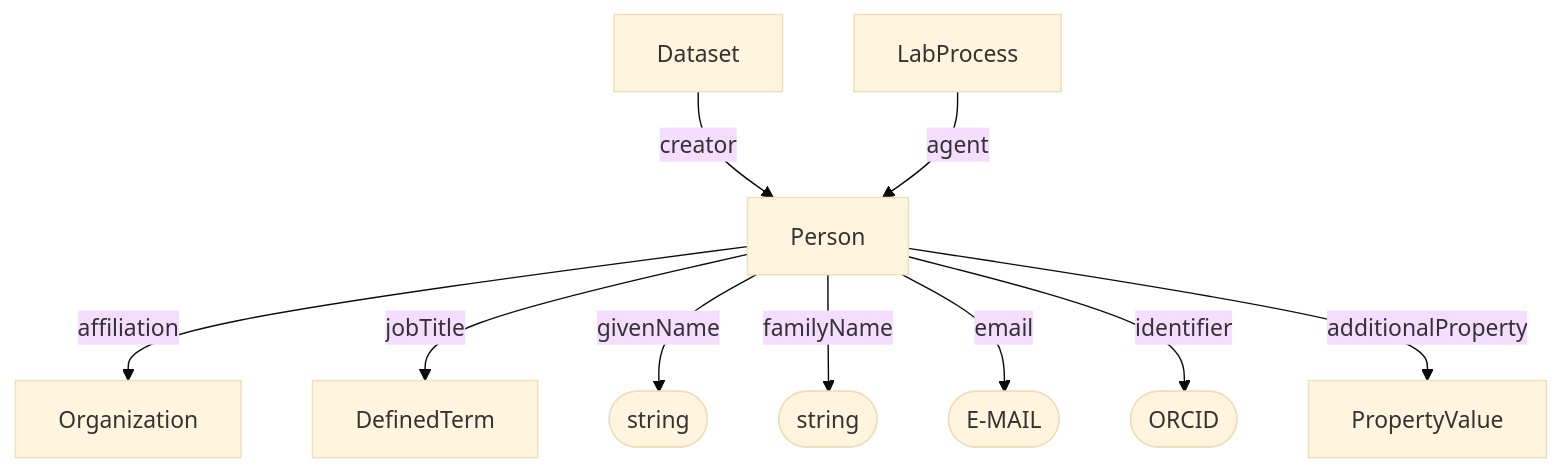
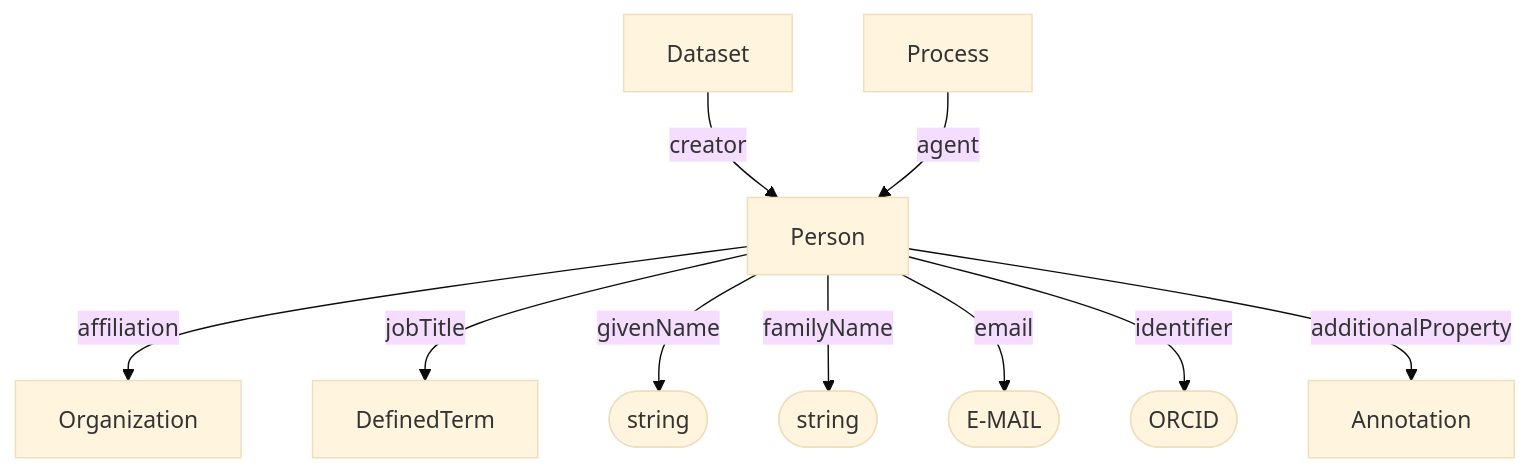
Before and after one commit to HLWeil/ProcessCore: the diagram in docs/spec/decorations/isa/Person.md, drawn with Mermaid (base theme). The commit also changed other lines of this file and 134 other files, not shown here.

````diff
--- a/docs/spec/decorations/isa/Person.md
+++ b/docs/spec/decorations/isa/Person.md
@@ -30,18 +30,18 @@
 ```mermaid
 flowchart TD
 
     gn@{ shape: stadium, label: "string" }
     fn@{ shape: stadium, label: "string" }
     e@{ shape: stadium, label: "E-MAIL" }
     i@{ shape: stadium, label: "ORCID" }
 
     Dataset --creator--> Person
-    LabProcess --agent--> Person
+    Process --agent--> Person
     Person --affiliation--> Organization
     Person --jobTitle--> DefinedTerm
     Person --givenName--> gn
     Person --familyName--> fn
     Person --email--> e
     Person --identifier--> i
-    Person --additionalProperty--> PropertyValue
+    Person --additionalProperty--> Annotation
 ```
````
